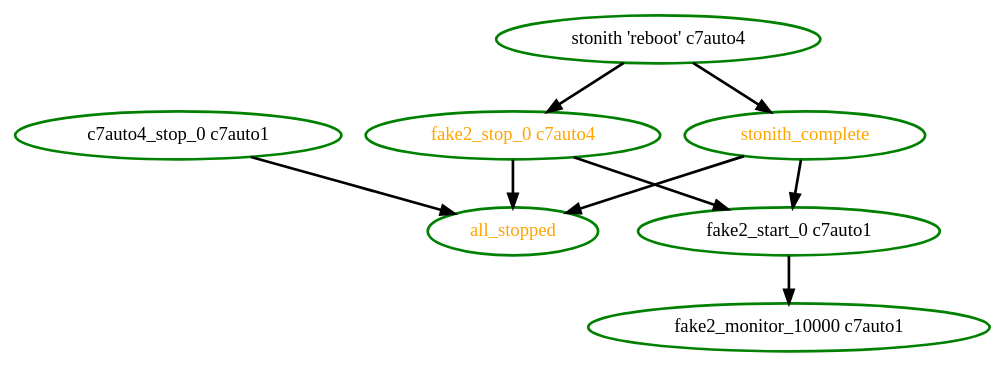
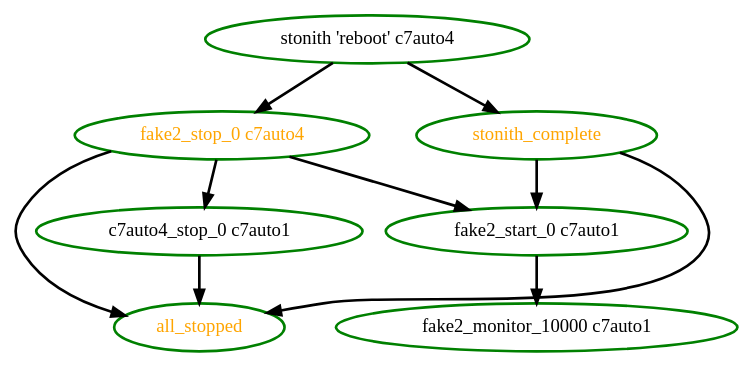
Before and after one commit to ClusterLabs/pacemaker: the diagram in pengine/test10/remote-fence-before-reconnect.dot, drawn with Graphviz. The commit also changed 8 other files, not shown here.

```diff
--- a/pengine/test10/remote-fence-before-reconnect.dot
+++ b/pengine/test10/remote-fence-before-reconnect.dot
@@ -1,17 +1,18 @@
  digraph "g" {
 "all_stopped" [ style=bold color="green" fontcolor="orange"]
 "c7auto4_stop_0 c7auto1" -> "all_stopped" [ style = bold]
 "c7auto4_stop_0 c7auto1" [ style=bold color="green" fontcolor="black"]
 "fake2_monitor_10000 c7auto1" [ style=bold color="green" fontcolor="black"]
 "fake2_start_0 c7auto1" -> "fake2_monitor_10000 c7auto1" [ style = bold]
 "fake2_start_0 c7auto1" [ style=bold color="green" fontcolor="black"]
 "fake2_stop_0 c7auto4" -> "all_stopped" [ style = bold]
+"fake2_stop_0 c7auto4" -> "c7auto4_stop_0 c7auto1" [ style = bold]
 "fake2_stop_0 c7auto4" -> "fake2_start_0 c7auto1" [ style = bold]
 "fake2_stop_0 c7auto4" [ style=bold color="green" fontcolor="orange"]
 "stonith 'reboot' c7auto4" -> "fake2_stop_0 c7auto4" [ style = bold]
 "stonith 'reboot' c7auto4" -> "stonith_complete" [ style = bold]
 "stonith 'reboot' c7auto4" [ style=bold color="green" fontcolor="black"]
 "stonith_complete" -> "all_stopped" [ style = bold]
 "stonith_complete" -> "fake2_start_0 c7auto1" [ style = bold]
 "stonith_complete" [ style=bold color="green" fontcolor="orange"]
 }
```
